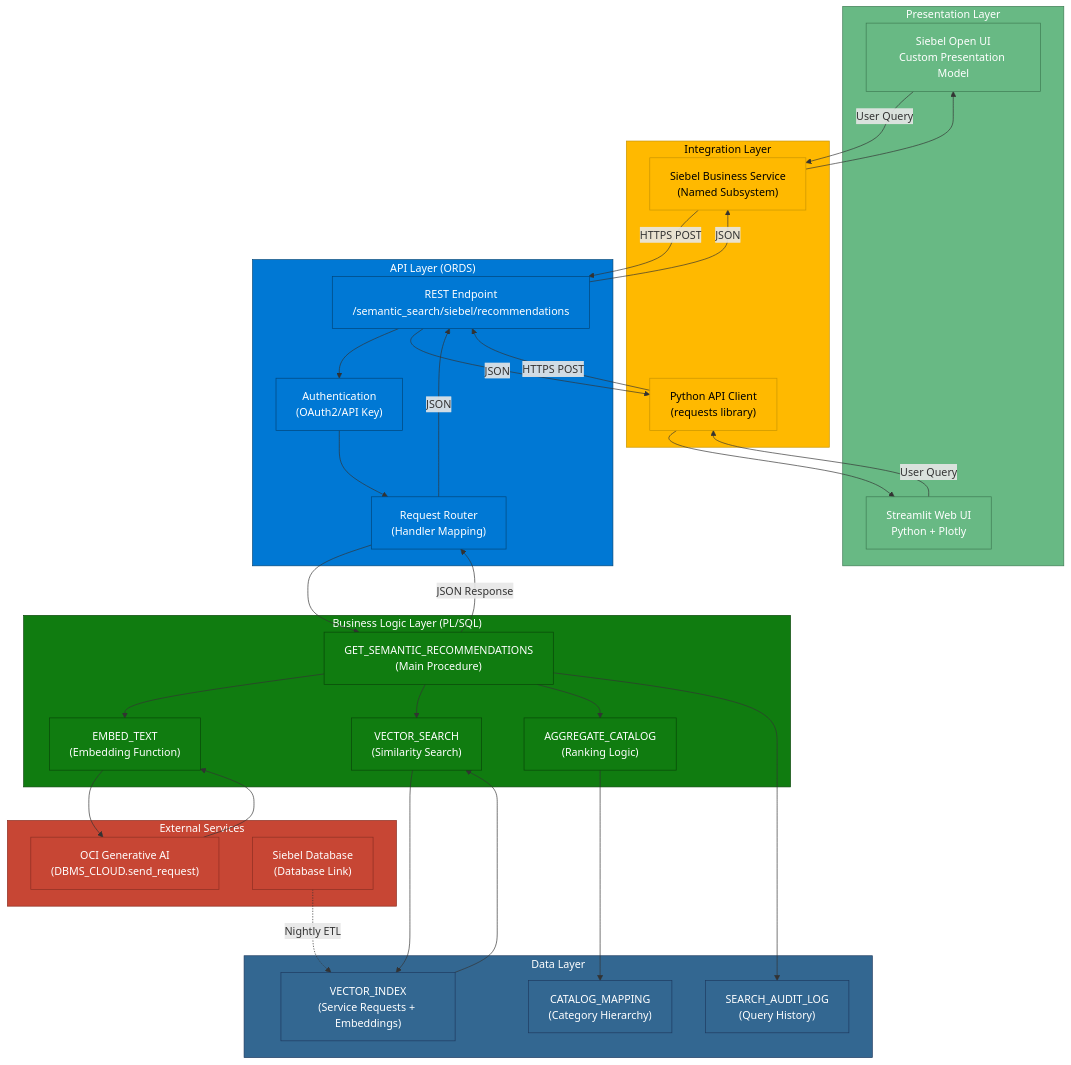
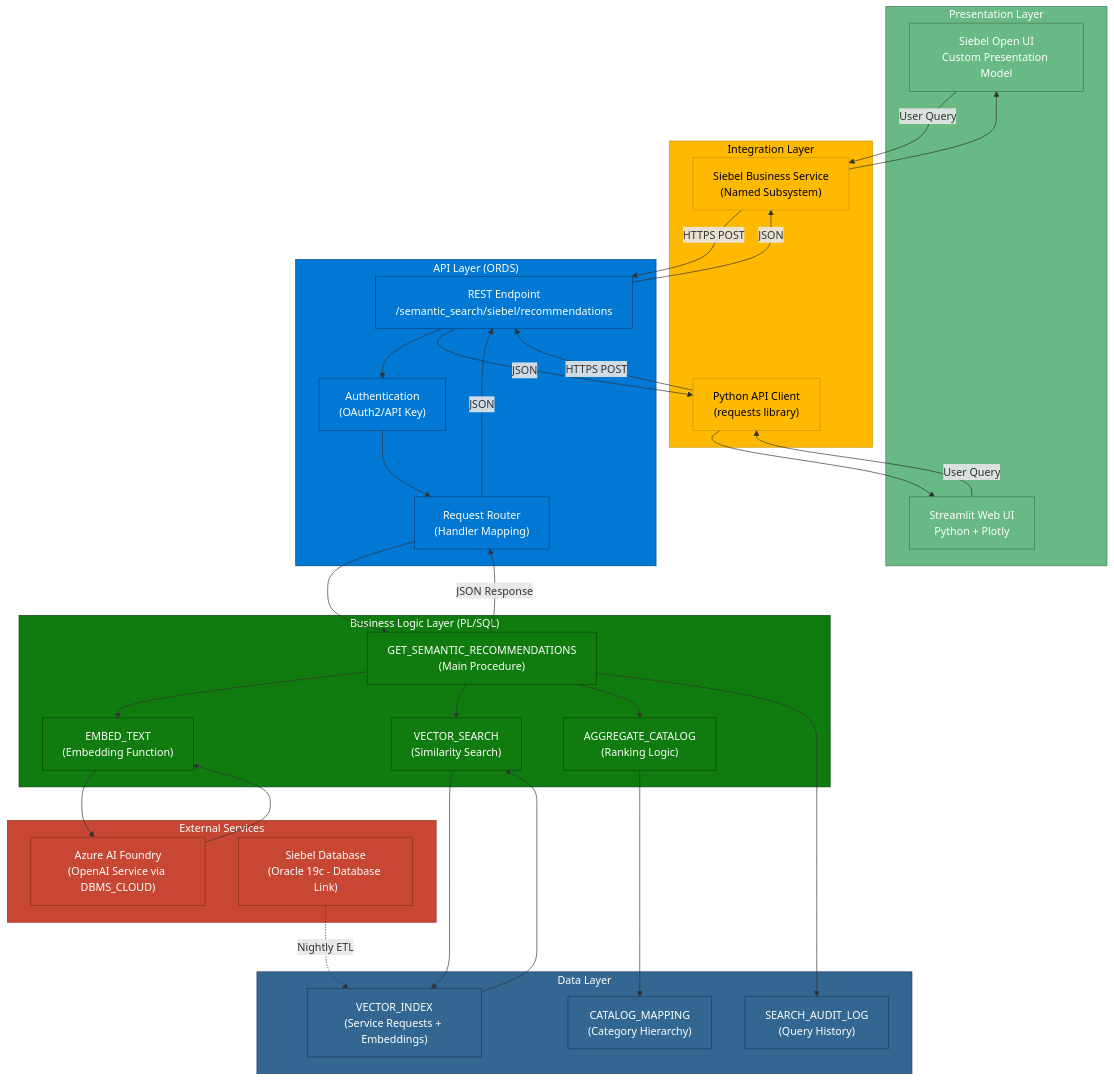
The third of 17 diagrams in docs/ARCHITECTURE_DIAGRAMS.md (psreek-ai/SiebelCRMSemanticSearch), drawn with Mermaid before and after one commit. The commit also changed other lines of this file and 13 other files, not shown here.

````diff
--- a/docs/ARCHITECTURE_DIAGRAMS.md
+++ b/docs/ARCHITECTURE_DIAGRAMS.md
@@ -181,8 +198,8 @@
     end
     
     subgraph External["External Services"]
-        GenAI["OCI Generative AI<br/>(DBMS_CLOUD.send_request)"]
-        SiebelDB["Siebel Database<br/>(Database Link)"]
+        AIFoundry["Azure AI Foundry<br/>(OpenAI Service via DBMS_CLOUD)"]
+        SiebelDB["Siebel Database<br/>(Oracle 19c - Database Link)"]
     end
     
     SiebelUI -->|User Query| SiebelBS
@@ -196,8 +213,8 @@
     ORDSRouter --> SearchProc
     
     SearchProc --> EmbedFunc
-    EmbedFunc --> GenAI
-    GenAI --> EmbedFunc
+    EmbedFunc --> AIFoundry
+    AIFoundry --> EmbedFunc
     
     SearchProc --> VectorFunc
     VectorFunc --> VectorTable
@@ -230,5 +247,5 @@
     class API,ORDSEndpoint,ORDSAuth,ORDSRouter api
     class Business,SearchProc,EmbedFunc,VectorFunc,AggFunc business
     class Data,VectorTable,CatalogTable,AuditTable data
-    class External,GenAI,SiebelDB external
+    class External,AIFoundry,SiebelDB external
 ```
````
